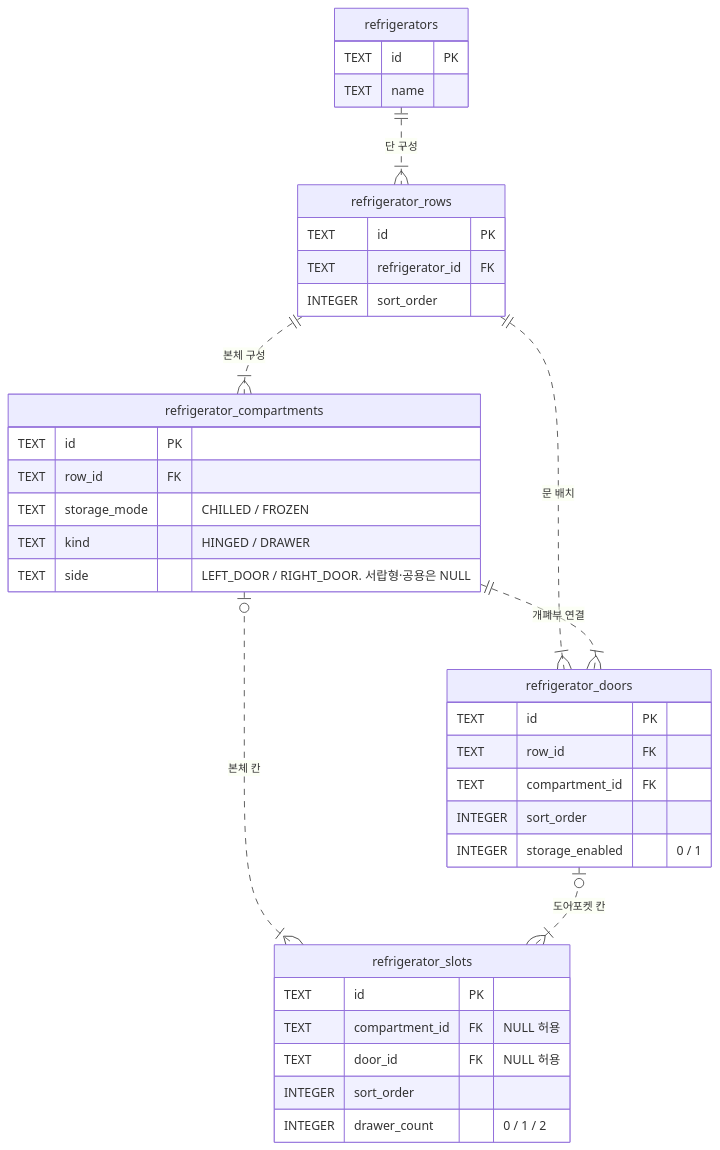
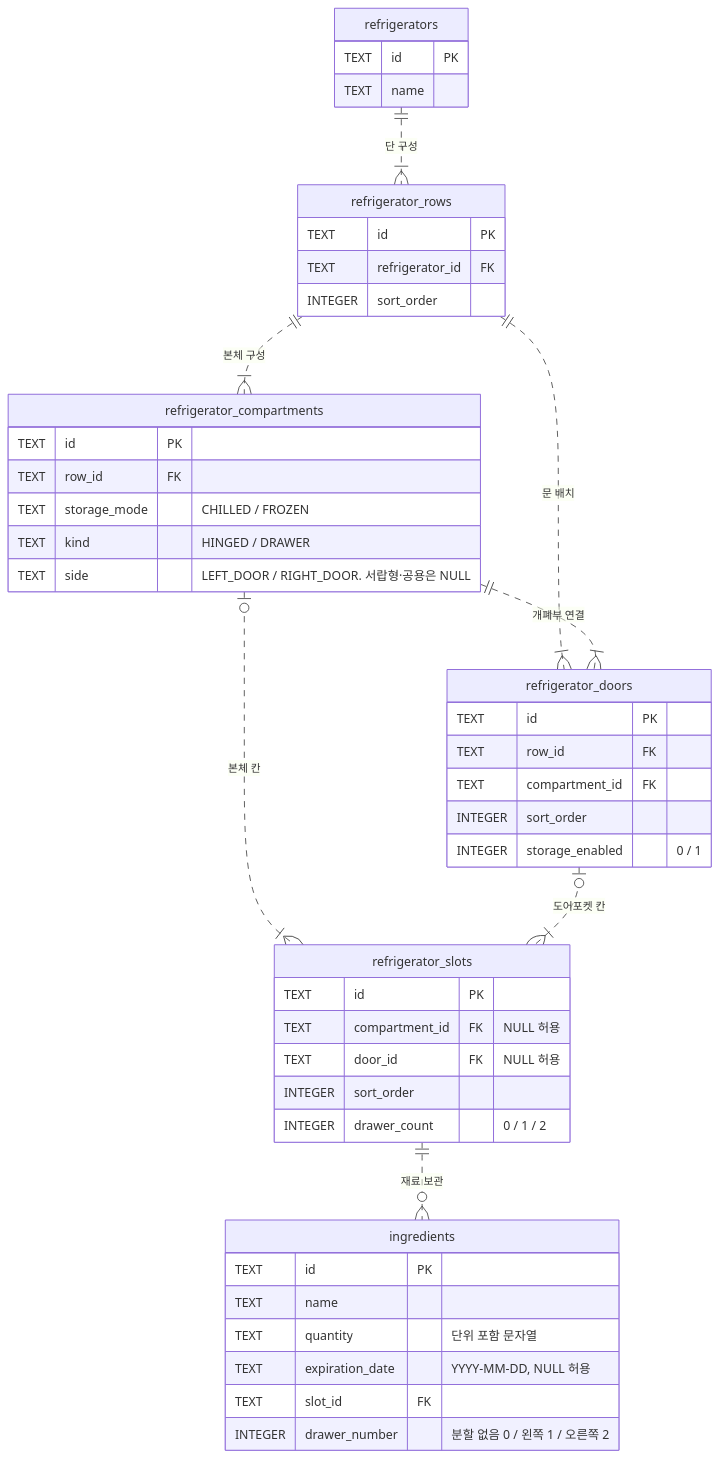
One commit to maseungchul/fridge-manager-local-db changed the diagram in docs/erd.md. Above: the diagram before and after it, drawn with Mermaid. The commit also changed other lines of this file and 7 other files, not shown here.

````diff
--- a/docs/erd.md
+++ b/docs/erd.md
@@ -3,44 +3,54 @@
 ```mermaid
 erDiagram
     refrigerators ||..|{ refrigerator_rows : "단 구성"
     refrigerator_rows ||..|{ refrigerator_compartments : "본체 구성"
     refrigerator_rows ||..|{ refrigerator_doors : "문 배치"
     refrigerator_compartments ||..|{ refrigerator_doors : "개폐부 연결"
     refrigerator_compartments |o..|{ refrigerator_slots : "본체 칸"
     refrigerator_doors |o..|{ refrigerator_slots : "도어포켓 칸"
+    refrigerator_slots ||..o{ ingredients : "재료 보관"
 
     refrigerators {
         TEXT id PK
         TEXT name
     }
 
     refrigerator_rows {
         TEXT id PK
         TEXT refrigerator_id FK
         INTEGER sort_order
     }
 
     refrigerator_compartments {
         TEXT id PK
         TEXT row_id FK
         TEXT storage_mode "CHILLED / FROZEN"
         TEXT kind "HINGED / DRAWER"
         TEXT side "LEFT_DOOR / RIGHT_DOOR. 서랍형·공용은 NULL"
     }
 
     refrigerator_doors {
         TEXT id PK
         TEXT row_id FK
         TEXT compartment_id FK
         INTEGER sort_order
         INTEGER storage_enabled "0 / 1"
     }
 
     refrigerator_slots {
         TEXT id PK
         TEXT compartment_id FK "NULL 허용"
         TEXT door_id FK "NULL 허용"
         INTEGER sort_order
         INTEGER drawer_count "0 / 1 / 2"
     }
+
+    ingredients {
+        TEXT id PK
+        TEXT name
+        TEXT quantity "단위 포함 문자열"
+        TEXT expiration_date "YYYY-MM-DD, NULL 허용"
+        TEXT slot_id FK
+        INTEGER drawer_number "분할 없음 0 / 왼쪽 1 / 오른쪽 2"
+    }
 ```
````
